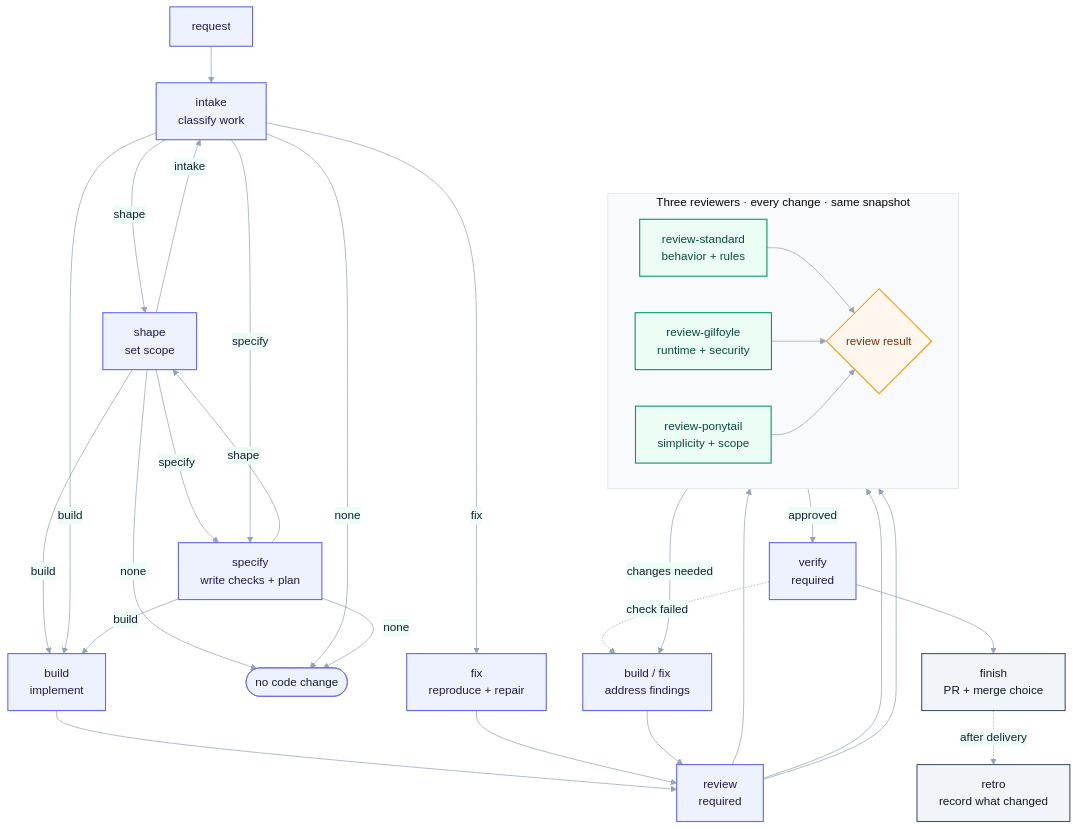
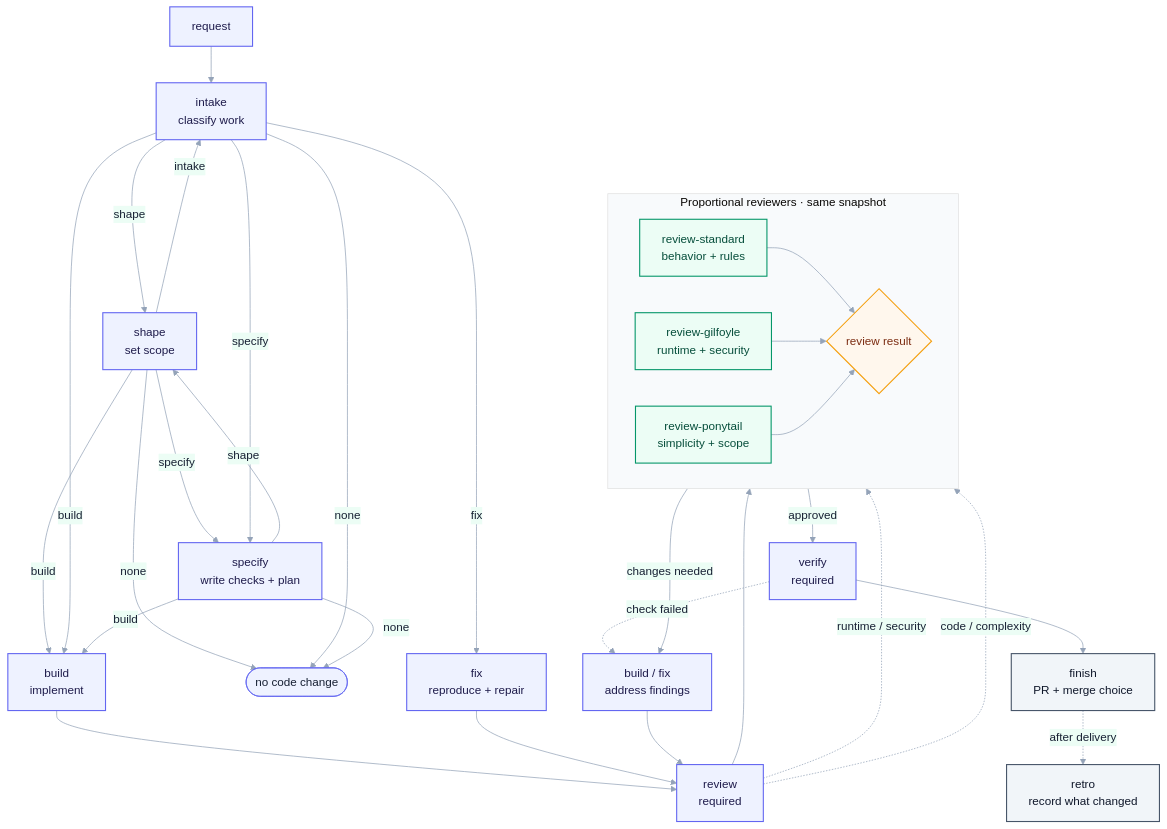
The second of 2 diagrams in README.md (Igloczek/skills), drawn with Mermaid before and after one commit. The commit also changed other lines of this file and 6 other files, not shown here.

Commit message:
Make specialist review lanes proportional

````diff
--- a/README.md
+++ b/README.md
@@ -99,55 +99,55 @@
 ```mermaid
 %%{init: {"theme":"base","themeVariables":{"fontFamily":"ui-sans-serif,system-ui,sans-serif","lineColor":"#94a3b8","primaryColor":"#eef2ff","primaryTextColor":"#172033","primaryBorderColor":"#6366f1","secondaryColor":"#ecfdf5","tertiaryColor":"#f8fafc"}}}%%
 flowchart TD
     request["request"] --> intake["intake<br/>classify work"]
 
     intake -->|shape| shape["shape<br/>set scope"]
     shape -->|intake| intake
     shape -->|specify| specify["specify<br/>write checks + plan"]
     shape -->|build| build["build<br/>implement"]
     shape -->|none| done(["no code change"])
 
     intake -->|specify| specify
     intake -->|build| build
     intake -->|fix| fix["fix<br/>reproduce + repair"]
     intake -->|none| done
 
     specify -->|shape| shape
     specify -->|build| build
     specify -->|none| done
 
     build --> review["review<br/>required"]
     fix --> review
 
-    subgraph review_stage["Three reviewers · every change · same snapshot"]
+    subgraph review_stage["Proportional reviewers · same snapshot"]
         direction LR
         standard_review["review-standard<br/>behavior + rules"]
         review_gilfoyle["review-gilfoyle<br/>runtime + security"]
         review_ponytail["review-ponytail<br/>simplicity + scope"]
         review_result{"review result"}
     end
 
     review --> standard_review
-    review --> review_gilfoyle
-    review --> review_ponytail
+    review -. runtime / security .-> review_gilfoyle
+    review -. code / complexity .-> review_ponytail
     standard_review --> review_result
     review_gilfoyle --> review_result
     review_ponytail --> review_result
 
     review_result -->|approved| verify["verify<br/>required"]
     review_result -->|changes needed| rework["build / fix<br/>address findings"]
     rework --> review
 
     verify -. check failed .-> rework
     verify --> finish["finish<br/>PR + merge choice"]
     finish -. after delivery .-> retro["retro<br/>record what changed"]
 
     classDef core fill:#eef2ff,stroke:#6366f1,color:#1e1b4b,stroke-width:1.5px;
     classDef review fill:#ecfdf5,stroke:#059669,color:#064e3b,stroke-width:1.5px;
     classDef decision fill:#fff7ed,stroke:#f59e0b,color:#7c2d12,stroke-width:1.5px;
     classDef terminal fill:#f1f5f9,stroke:#475569,color:#0f172a,stroke-width:1.5px;
     class request,intake,shape,specify,build,fix,review,rework,verify core;
     class standard_review,review_gilfoyle,review_ponytail review;
     class review_result decision;
     class finish,retro terminal;
 ```
````
